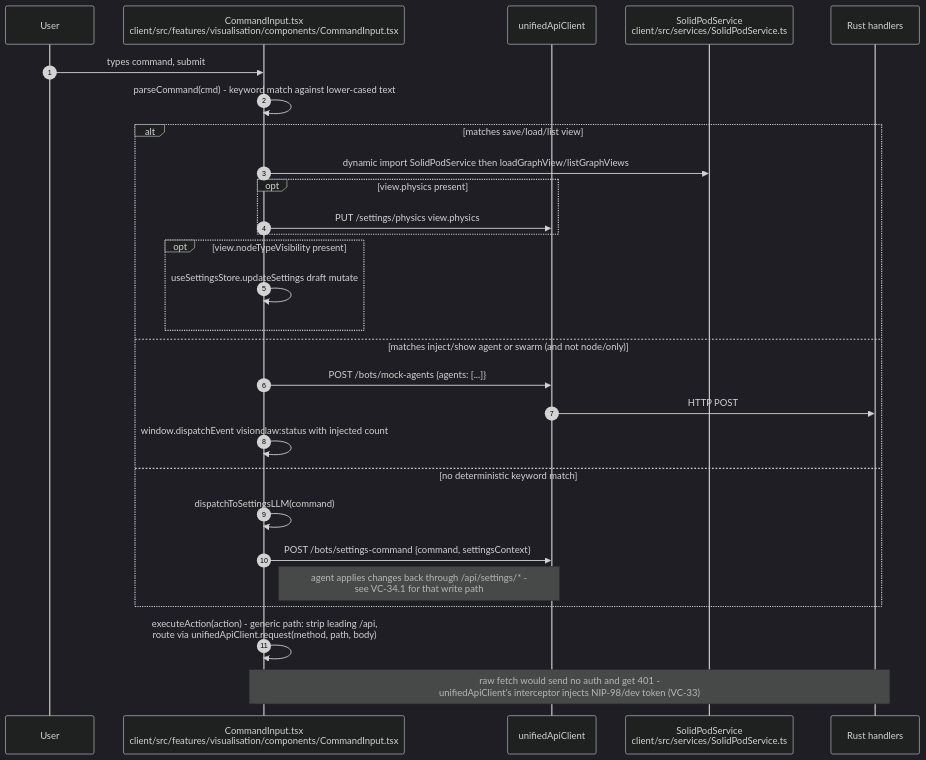
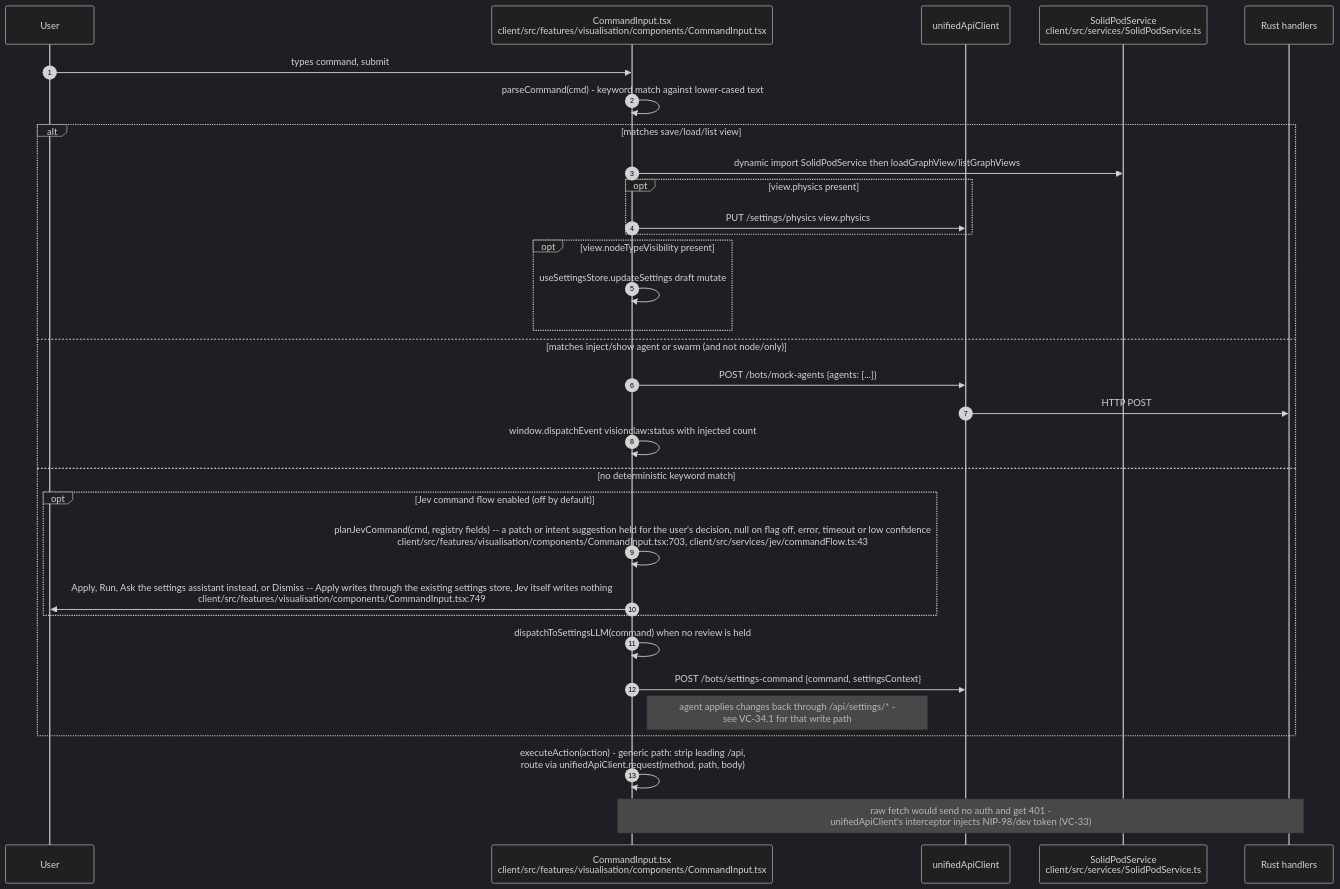
One commit to DreamLab-AI/VisionFlow changed diagram 18 of 20 in docs/diagrams/visionclaw/34-client-features.md. Above: the diagram before and after it, drawn with Mermaid (dark theme). The commit also changed other lines of this file and 160 other files, not shown here.

````diff
--- a/docs/diagrams/visionclaw/34-client-features.md
+++ b/docs/diagrams/visionclaw/34-client-features.md
@@ -610,31 +619,35 @@
 ```mermaid
 sequenceDiagram
     autonumber
     participant U as User
     participant CI as CommandInput.tsx<br/>client/src/features/visualisation/components/CommandInput.tsx
     participant UAC as unifiedApiClient
     participant Pod as SolidPodService<br/>client/src/services/SolidPodService.ts
     participant SRV as Rust handlers
 
     U->>CI: types command, submit
     CI->>CI: parseCommand(cmd) - keyword match against lower-cased text
     alt matches save/load/list view
         CI->>Pod: dynamic import SolidPodService then loadGraphView/listGraphViews
         opt view.physics present
             CI->>UAC: PUT /settings/physics view.physics
         end
         opt view.nodeTypeVisibility present
             CI->>CI: useSettingsStore.updateSettings draft mutate
         end
     else matches inject/show agent or swarm (and not node/only)
         CI->>UAC: POST /bots/mock-agents {agents: [...]}
         UAC->>SRV: HTTP POST
         CI->>CI: window.dispatchEvent visionclaw:status with injected count
     else no deterministic keyword match
-        CI->>CI: dispatchToSettingsLLM(command)
+        opt Jev command flow enabled (off by default)
+            CI->>CI: planJevCommand(cmd, registry fields) -- a patch or intent suggestion held for the user's decision, null on flag off, error, timeout or low confidence<br/>client/src/features/visualisation/components/CommandInput.tsx:703, client/src/services/jev/commandFlow.ts:43
+            CI->>U: Apply, Run, Ask the settings assistant instead, or Dismiss -- Apply writes through the existing settings store, Jev itself writes nothing<br/>client/src/features/visualisation/components/CommandInput.tsx:749
+        end
+        CI->>CI: dispatchToSettingsLLM(command) when no review is held
         CI->>UAC: POST /bots/settings-command {command, settingsContext}
         Note right of CI: agent applies changes back through /api/settings/* -<br/>see VC-34.1 for that write path
     end
     CI->>CI: executeAction(action) - generic path: strip leading /api,<br/>route via unifiedApiClient.request(method, path, body)
     Note over CI,SRV: raw fetch would send no auth and get 401 -<br/>unifiedApiClient's interceptor injects NIP-98/dev token (VC-33)
 ```
````
